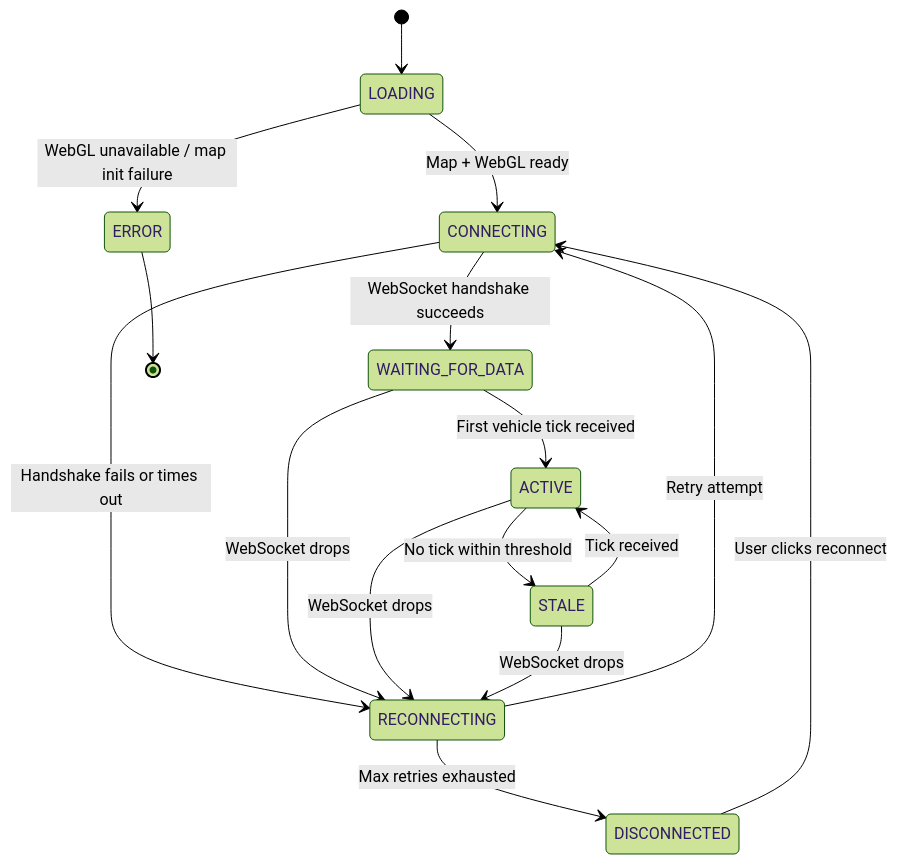
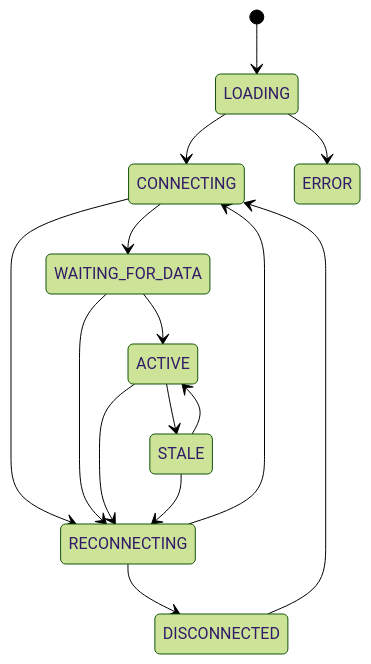
One commit to tensorfish/mykimap-live changed the second of 2 diagrams in .memory/state-transitions.md. Above: the diagram before and after it, drawn with Mermaid (forest theme). The commit also changed other lines of this file, not shown here.

````diff
--- a/.memory/state-transitions.md
+++ b/.memory/state-transitions.md
@@ -100,26 +49,17 @@
 ```mermaid
 stateDiagram-v2
     [*] --> LOADING
-
-    LOADING --> CONNECTING : Map + WebGL ready
-    LOADING --> ERROR : WebGL unavailable / map init failure
-
-    CONNECTING --> WAITING_FOR_DATA : WebSocket handshake succeeds
-    CONNECTING --> RECONNECTING : Handshake fails or times out
-
-    WAITING_FOR_DATA --> ACTIVE : First vehicle tick received
-    WAITING_FOR_DATA --> RECONNECTING : WebSocket drops
-
-    ACTIVE --> STALE : No tick within threshold
-    ACTIVE --> RECONNECTING : WebSocket drops
-
-    STALE --> ACTIVE : Tick received
-    STALE --> RECONNECTING : WebSocket drops
-
-    RECONNECTING --> CONNECTING : Retry attempt
-    RECONNECTING --> DISCONNECTED : Max retries exhausted
-
-    DISCONNECTED --> CONNECTING : User clicks reconnect
-
-    ERROR --> [*]
+    LOADING --> CONNECTING
+    LOADING --> ERROR
+    CONNECTING --> WAITING_FOR_DATA
+    CONNECTING --> RECONNECTING
+    WAITING_FOR_DATA --> ACTIVE
+    WAITING_FOR_DATA --> RECONNECTING
+    ACTIVE --> STALE
+    ACTIVE --> RECONNECTING
+    STALE --> ACTIVE
+    STALE --> RECONNECTING
+    RECONNECTING --> CONNECTING
+    RECONNECTING --> DISCONNECTED
+    DISCONNECTED --> CONNECTING
 ```
````
